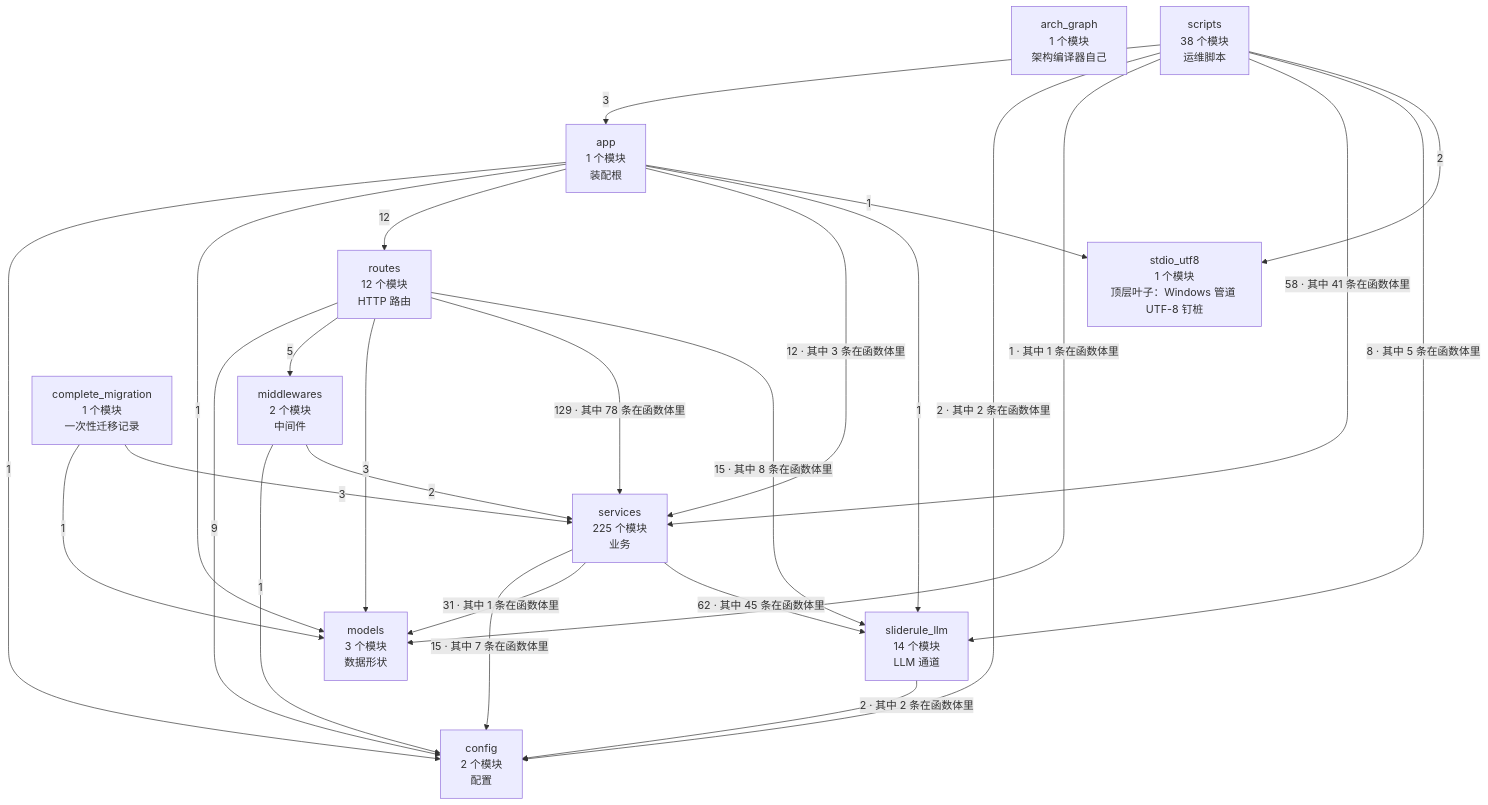
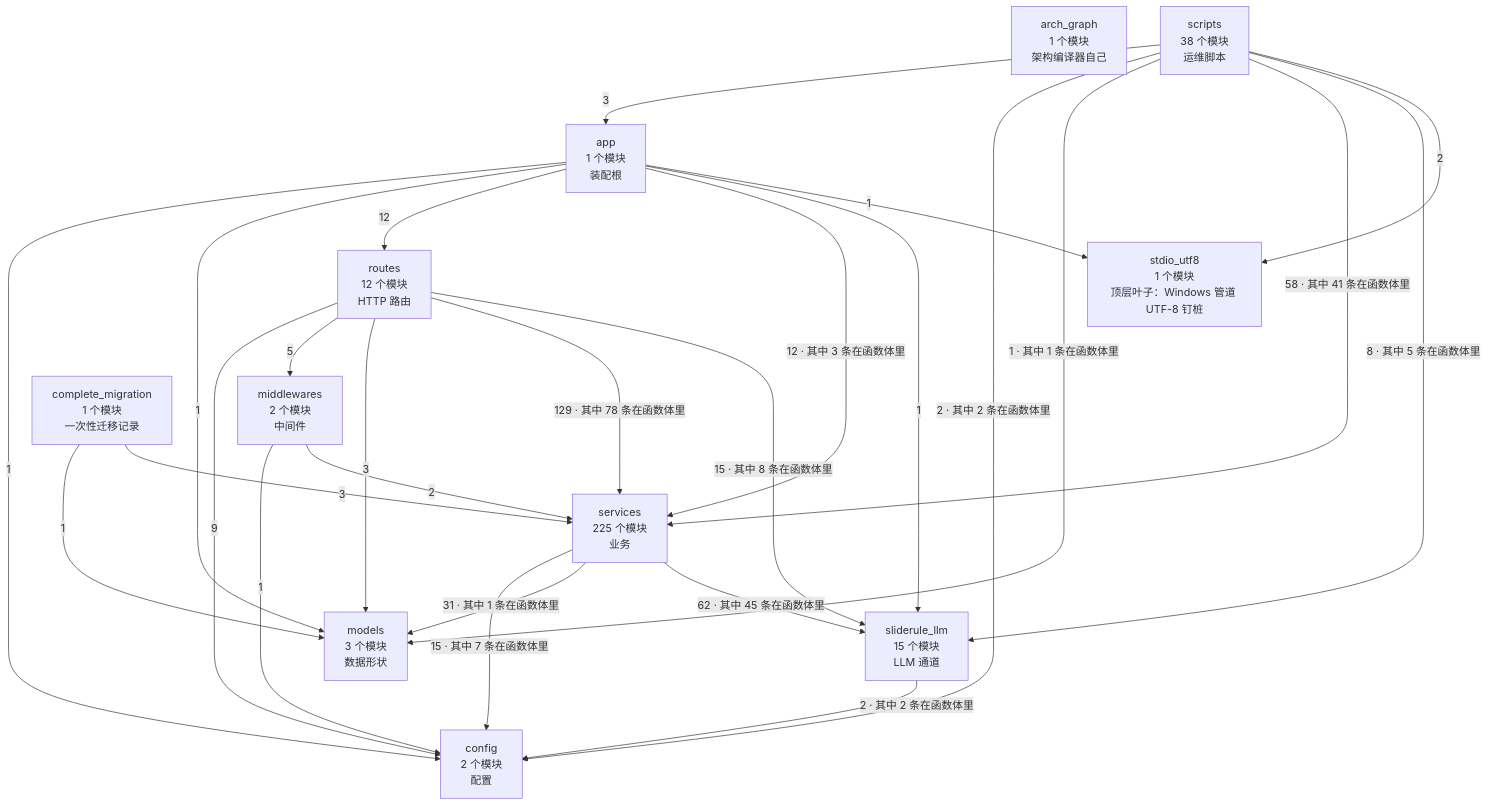
The second of 4 diagrams in docs/SlideRule V6.2 架构图（自动生成）.md (2686521696/WhyBuddy), drawn with Mermaid before and after one commit. The commit also changed other lines of this file and 4 other files, not shown here.

````diff
--- a/docs/SlideRule V6.2 架构图（自动生成）.md
+++ b/docs/SlideRule V6.2 架构图（自动生成）.md
@@ -60,39 +60,39 @@
 ```mermaid
 flowchart TB
   arch_graph["arch_graph<br/>1 个模块<br/>架构编译器自己"]
   config["config<br/>2 个模块<br/>配置"]
   models["models<br/>3 个模块<br/>数据形状"]
   stdio_utf8["stdio_utf8<br/>1 个模块<br/>顶层叶子：Windows 管道 UTF-8 钉桩"]
-  sliderule_llm["sliderule_llm<br/>14 个模块<br/>LLM 通道"]
+  sliderule_llm["sliderule_llm<br/>15 个模块<br/>LLM 通道"]
   middlewares["middlewares<br/>2 个模块<br/>中间件"]
   services["services<br/>225 个模块<br/>业务"]
   routes["routes<br/>12 个模块<br/>HTTP 路由"]
   app["app<br/>1 个模块<br/>装配根"]
   complete_migration["complete_migration<br/>1 个模块<br/>一次性迁移记录"]
   scripts["scripts<br/>38 个模块<br/>运维脚本"]
   app -->|1| config
   app -->|1| models
   app -->|12| routes
   app -->|12 · 其中 3 条在函数体里| services
   app -->|1| sliderule_llm
   app -->|1| stdio_utf8
   complete_migration -->|1| models
   complete_migration -->|3| services
   middlewares -->|1| config
   middlewares -->|2| services
   routes -->|9| config
   routes -->|5| middlewares
   routes -->|3| models
   routes -->|129 · 其中 78 条在函数体里| services
   routes -->|15 · 其中 8 条在函数体里| sliderule_llm
   scripts -->|3| app
   scripts -->|2 · 其中 2 条在函数体里| config
   scripts -->|1 · 其中 1 条在函数体里| models
   scripts -->|58 · 其中 41 条在函数体里| services
   scripts -->|8 · 其中 5 条在函数体里| sliderule_llm
   scripts -->|2| stdio_utf8
   services -->|15 · 其中 7 条在函数体里| config
   services -->|31 · 其中 1 条在函数体里| models
   services -->|62 · 其中 45 条在函数体里| sliderule_llm
   sliderule_llm -->|2 · 其中 2 条在函数体里| config
 ```
````
